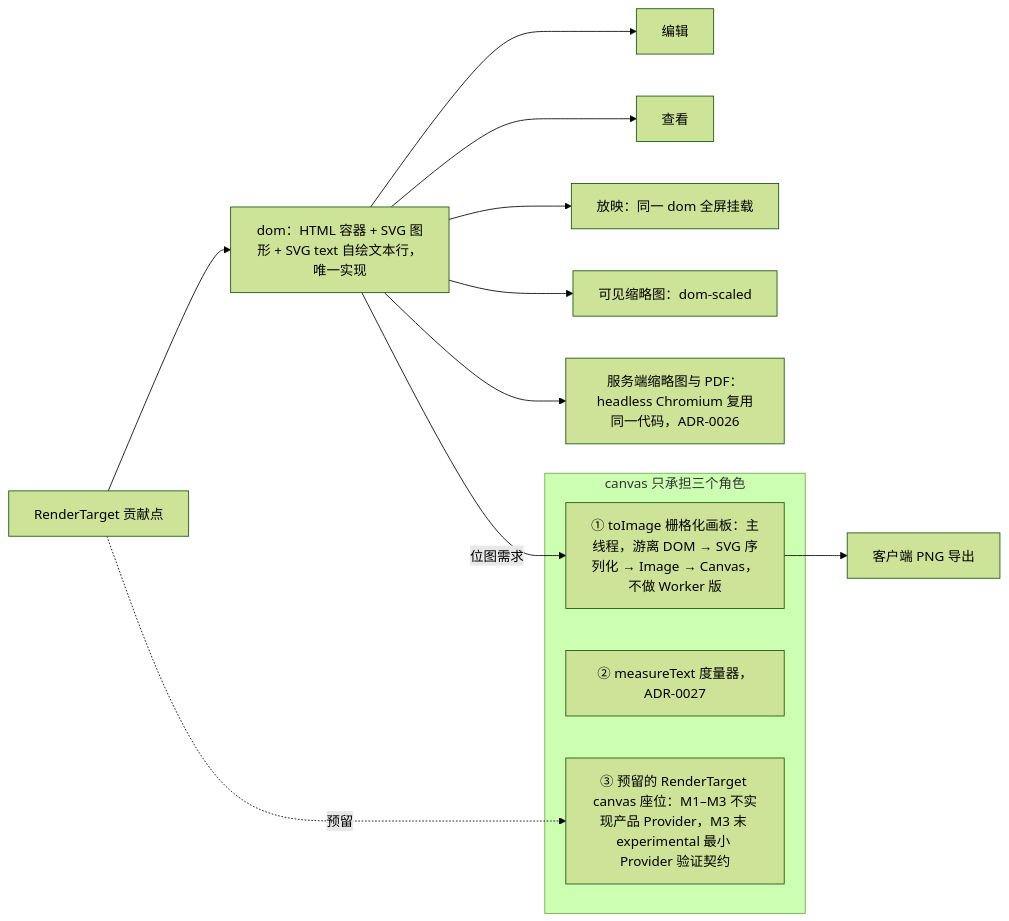
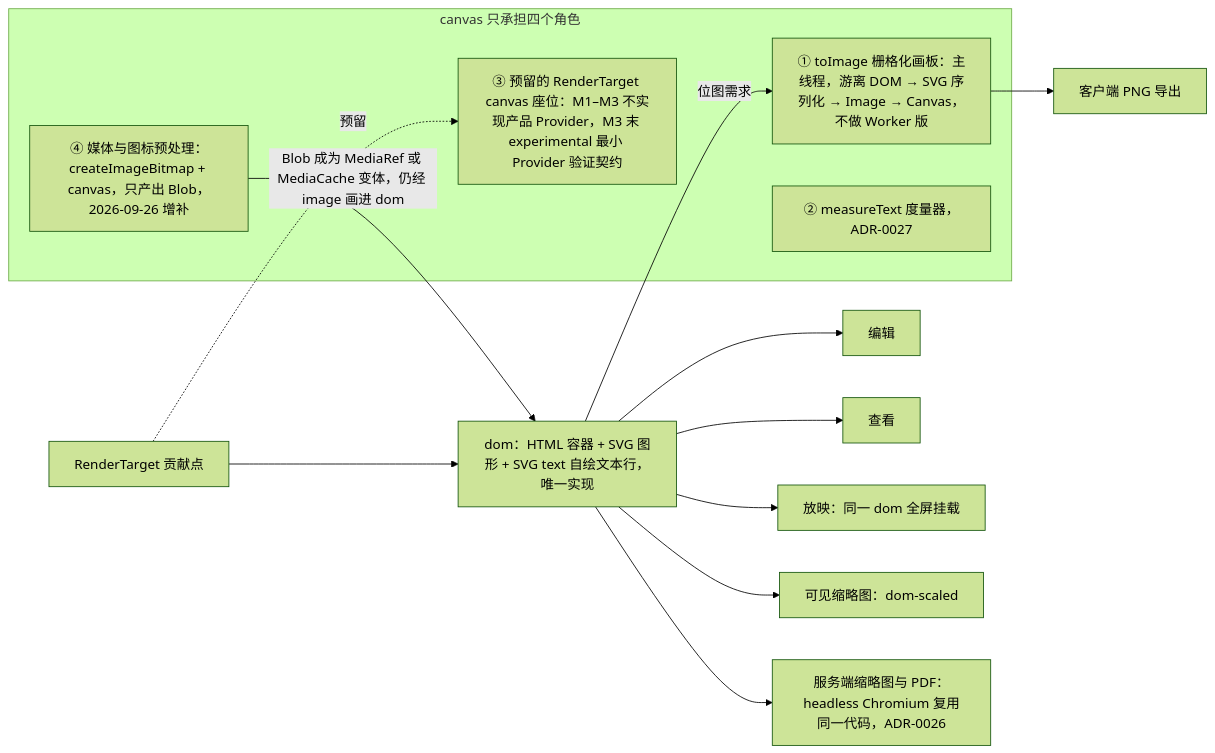
Before and after one commit to Xeonice/cordis-ppt-editor: the first of 3 diagrams in docs/30-architecture/adr/0021-rendering-medium.md, drawn with Mermaid (forest theme). The commit also changed other lines of this file and 78 other files, not shown here.

````diff
--- a/docs/30-architecture/adr/0021-rendering-medium.md
+++ b/docs/30-architecture/adr/0021-rendering-medium.md
@@ -24,17 +24,19 @@
 ```mermaid
 flowchart LR
   renderTarget["RenderTarget 贡献点"] --> domTarget["dom：HTML 容器 + SVG 图形 + SVG text 自绘文本行，唯一实现"]
   domTarget --> editUse["编辑"]
   domTarget --> viewUse["查看"]
   domTarget --> showUse["放映：同一 dom 全屏挂载"]
   domTarget --> thumbUse["可见缩略图：dom-scaled"]
   domTarget --> serverUse["服务端缩略图与 PDF：headless Chromium 复用同一代码，ADR-0026"]
-  subgraph canvasRoles["canvas 只承担三个角色"]
+  subgraph canvasRoles["canvas 只承担四个角色"]
     toImage["① toImage 栅格化画板：主线程，游离 DOM → SVG 序列化 → Image → Canvas，不做 Worker 版"]
     measureText["② measureText 度量器，ADR-0027"]
     canvasSeat["③ 预留的 RenderTarget canvas 座位：M1–M3 不实现产品 Provider，M3 末 experimental 最小 Provider 验证契约"]
+    preprocess["④ 媒体与图标预处理：createImageBitmap + canvas，只产出 Blob，2026-09-26 增补"]
   end
   domTarget -- "位图需求" --> toImage
   toImage --> pngExport["客户端 PNG 导出"]
   renderTarget -. "预留" .-> canvasSeat
+  preprocess -- "Blob 成为 MediaRef 或 MediaCache 变体，仍经 image 画进 dom" --> domTarget
 ```
````
